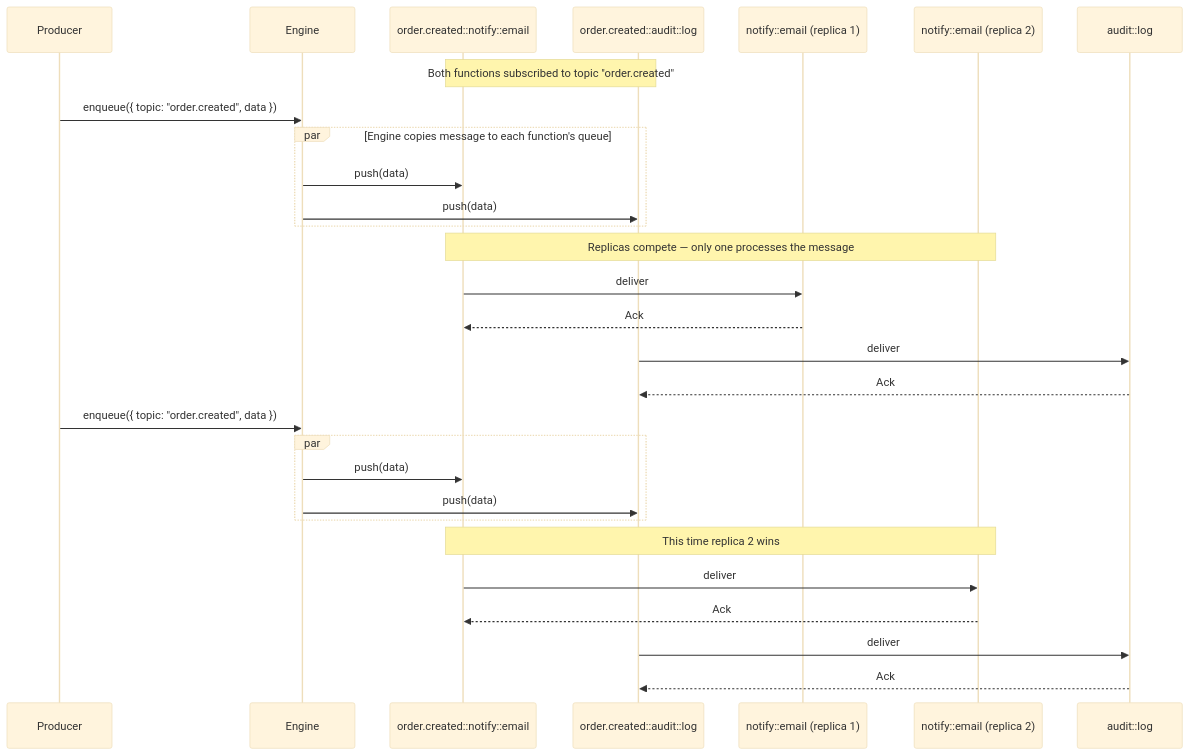
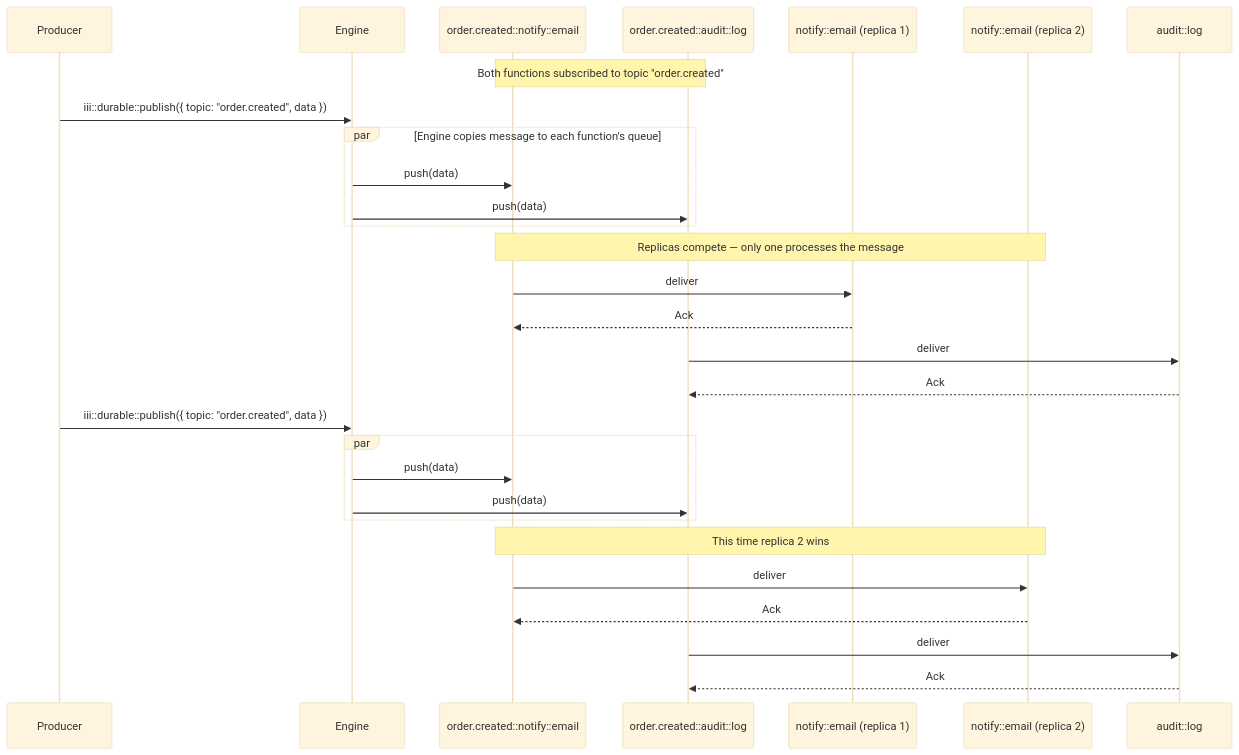
Before and after one commit to codeaudit/motia: the fourth of 4 diagrams in docs/modules/module-queue.mdx, drawn with Mermaid (base theme). The commit also changed other lines of this file and 77 other files, not shown here.

Commit message:
feat: rename enqueue to durable::publish and queue to durable:subscriber (#1422)

````diff
--- a/docs/modules/module-queue.mdx
+++ b/docs/modules/module-queue.mdx
@@ -380,40 +380,40 @@
 ```mermaid
 sequenceDiagram
     participant P as Producer
     participant E as Engine
     participant Q1 as order.created::notify::email
     participant Q2 as order.created::audit::log
     participant E1 as notify::email (replica 1)
     participant E2 as notify::email (replica 2)
     participant A1 as audit::log
 
     Note over Q1,Q2: Both functions subscribed to topic "order.created"
 
-    P->>E: enqueue({ topic: "order.created", data })
+    P->>E: iii::durable::publish({ topic: "order.created", data })
 
     par Engine copies message to each function's queue
         E->>Q1: push(data)
         E->>Q2: push(data)
     end
 
     Note over Q1,E2: Replicas compete — only one processes the message
     Q1->>E1: deliver
     E1-->>Q1: Ack
 
     Q2->>A1: deliver
     A1-->>Q2: Ack
 
-    P->>E: enqueue({ topic: "order.created", data })
+    P->>E: iii::durable::publish({ topic: "order.created", data })
 
     par
         E->>Q1: push(data)
         E->>Q2: push(data)
     end
 
     Note over Q1,E2: This time replica 2 wins
     Q1->>E2: deliver
     E2-->>Q1: Ack
 
     Q2->>A1: deliver
     A1-->>Q2: Ack
 ```
````
